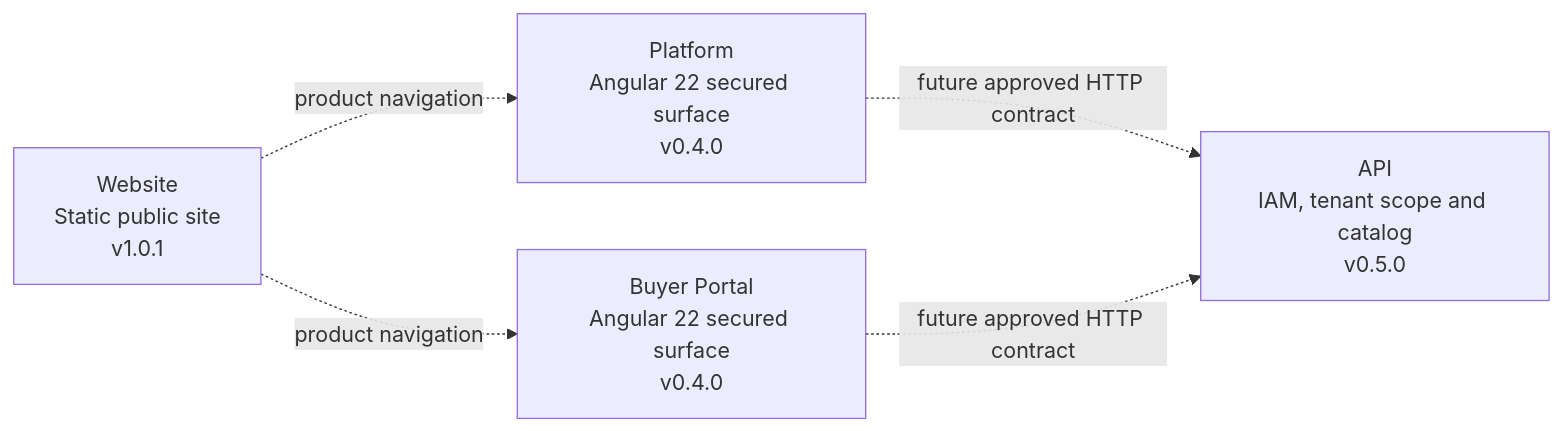
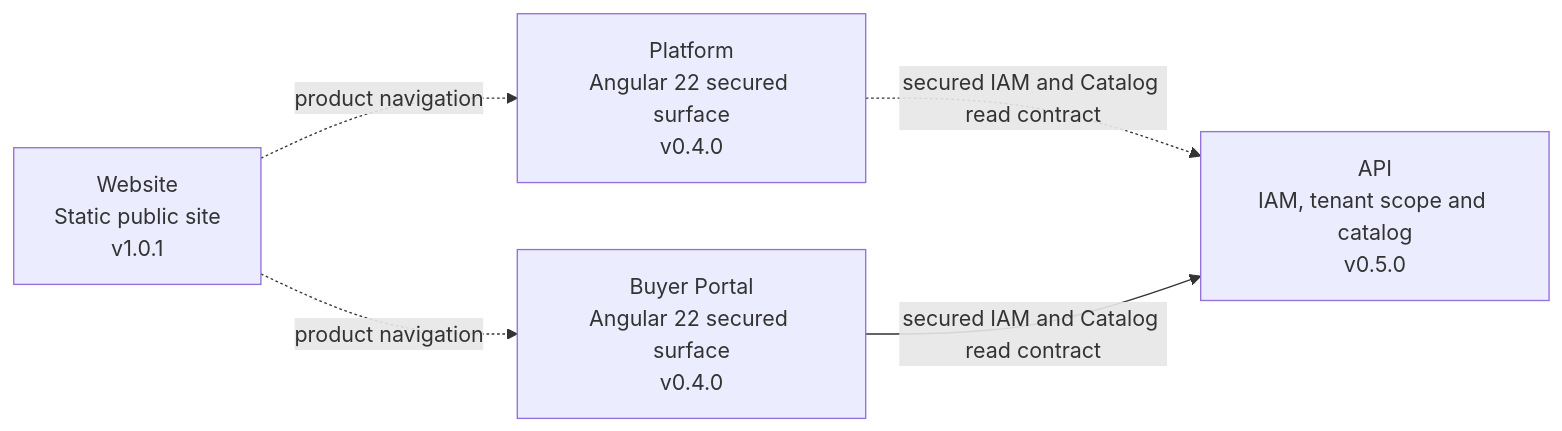
One commit to nexa-suite/portal changed the diagram in README.md. Above: the diagram before and after it, drawn with Mermaid. The commit also changed other lines of this file and 3 other files, not shown here.

Commit message:
fix(release): align portal version and api contract

````diff
--- a/README.md
+++ b/README.md
@@ -29,12 +29,12 @@
 ```mermaid
 flowchart LR
     Website["Website<br/>Static public site<br/>v1.0.1"]
     Platform["Platform<br/>Angular 22 secured surface<br/>v0.4.0"]
     Portal["Buyer Portal<br/>Angular 22 secured surface<br/>v0.4.0"]
     API["API<br/>IAM, tenant scope and catalog<br/>v0.5.0"]
 
     Website -. "product navigation" .-> Platform
     Website -. "product navigation" .-> Portal
-    Platform -. "future approved HTTP contract" .-> API
-    Portal -. "future approved HTTP contract" .-> API
+    Platform -. "secured IAM and Catalog read contract" .-> API
+    Portal -->|"secured IAM and Catalog read contract"| API
 ```
````
